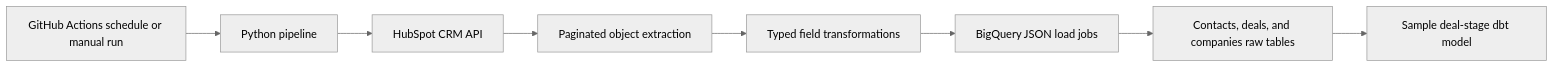
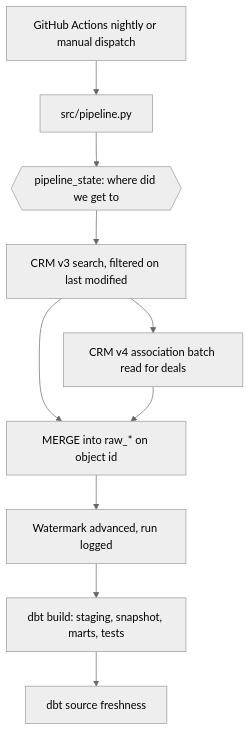
One commit to giselleevita/crm-pipeline changed the diagram in docs/architecture.md. Above: the diagram before and after it, drawn with Mermaid (neutral theme). The commit also changed other lines of this file and 45 other files, not shown here.

First line of the commit message:
feat: incremental extraction, raw layer and dimensional model

````diff
--- a/docs/architecture.md
+++ b/docs/architecture.md
@@ -5,10 +5,12 @@
 ```mermaid
-flowchart LR
-    Schedule[GitHub Actions schedule or manual run] --> Pipeline[Python pipeline]
-    Pipeline --> HubSpot[HubSpot CRM API]
-    HubSpot --> Extract[Paginated object extraction]
-    Extract --> Transform[Typed field transformations]
-    Transform --> Load[BigQuery JSON load jobs]
-    Load --> Raw[Contacts, deals, and companies raw tables]
-    Raw --> Model[Sample deal-stage dbt model]
+flowchart TD
+    Schedule[GitHub Actions nightly or manual dispatch] --> Extract[src/pipeline.py]
+    Extract --> Watermark{{pipeline_state: where did we get to}}
+    Watermark --> Search[CRM v3 search, filtered on last modified]
+    Search --> Assoc[CRM v4 association batch read for deals]
+    Search --> Merge[MERGE into raw_* on object id]
+    Assoc --> Merge
+    Merge --> Advance[Watermark advanced, run logged]
+    Advance --> Build[dbt build: staging, snapshot, marts, tests]
+    Build --> Freshness[dbt source freshness]
 ```
````
